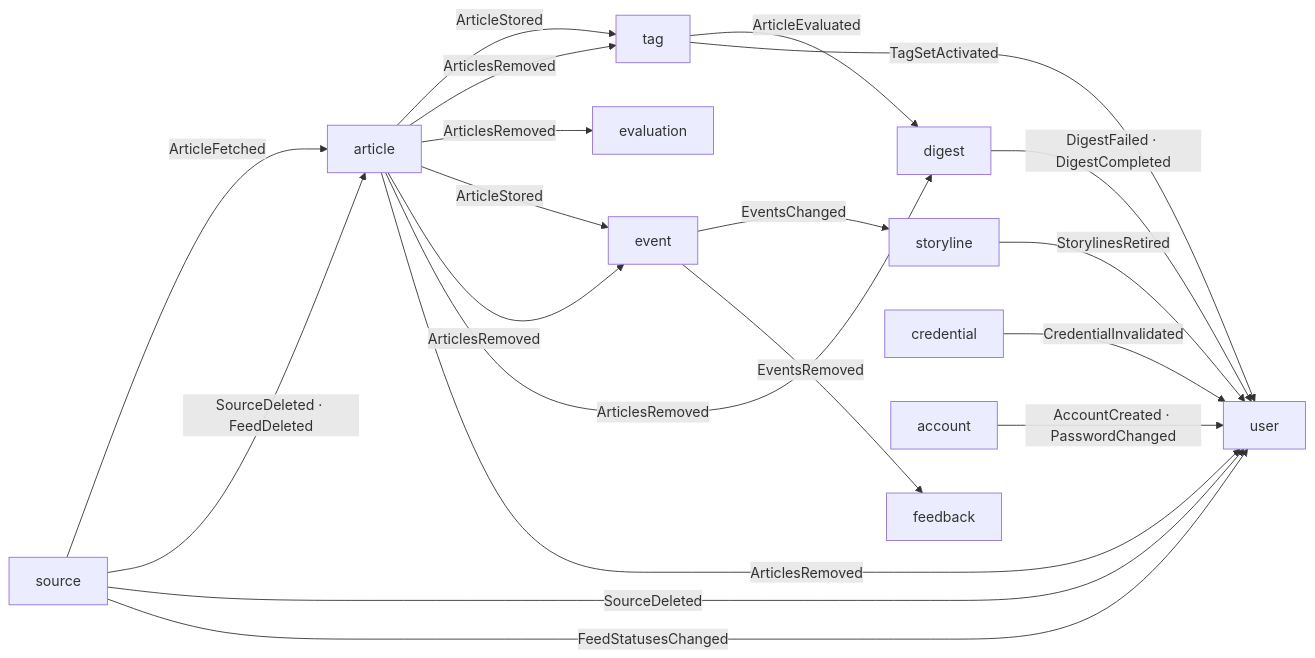
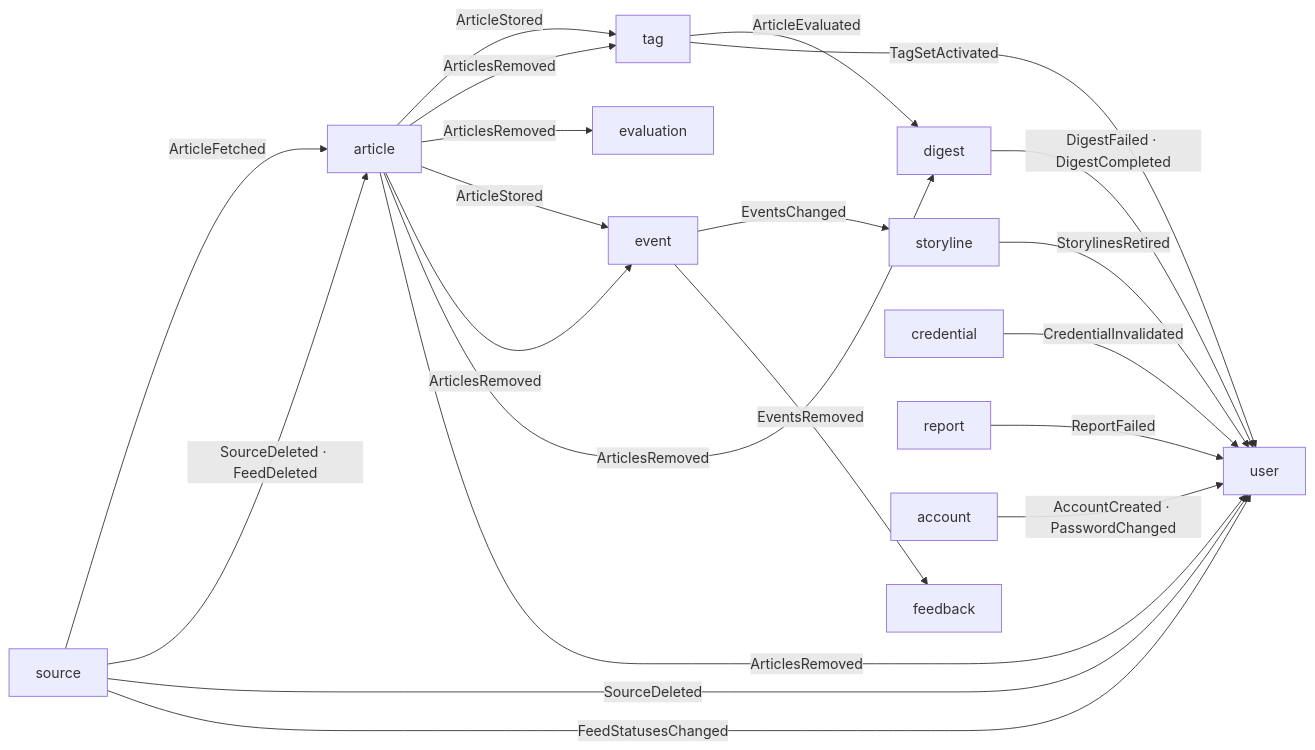
The second of 2 diagrams in docs/overview.md (Theia0382/yozm-news), drawn with Mermaid before and after one commit. The commit also changed other lines of this file and 28 other files, not shown here.

````diff
--- a/docs/overview.md
+++ b/docs/overview.md
@@ -141,22 +141,23 @@
 ```mermaid
 flowchart LR
     source -- ArticleFetched --> article
     source -- SourceDeleted · FeedDeleted --> article
     source -- SourceDeleted --> user
     source -- FeedStatusesChanged --> user
     article -- ArticleStored --> tag
     article -- ArticlesRemoved --> tag
     article -- ArticlesRemoved --> evaluation
     article -- ArticleStored --> event
     article -- ArticlesRemoved --> event
     article -- ArticlesRemoved --> digest
     article -- ArticlesRemoved --> user
     event -- EventsChanged --> storyline
     event -- EventsRemoved --> feedback
     tag -- ArticleEvaluated --> digest
     tag -- TagSetActivated --> user
     storyline -- StorylinesRetired --> user
     credential -- CredentialInvalidated --> user
     digest -- DigestFailed · DigestCompleted --> user
+    report -- ReportFailed --> user
     account -- AccountCreated · PasswordChanged --> user
 ```
````
